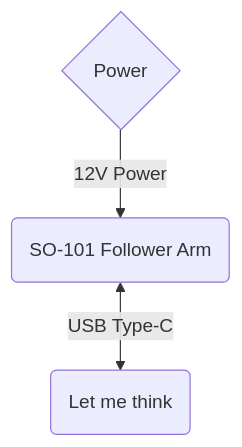
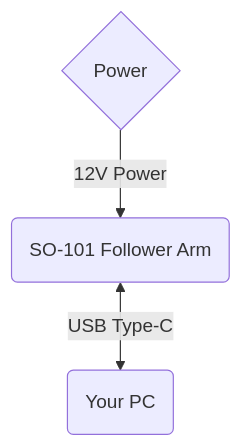
The diagram in docs/bringup_follower.md (GAI-313/nakalab_so101), drawn with Mermaid before and after one commit.

````diff
--- a/docs/bringup_follower.md
+++ b/docs/bringup_follower.md
@@ -7,5 +7,5 @@
     ```mermaid
     flowchart TD
         A{Power} -->|12V Power| B(SO-101 Follower Arm)
-        B <-->|USB Type-C| C(Let me think)  
+        B <-->|USB Type-C| C(Your PC)  
     ```
````
